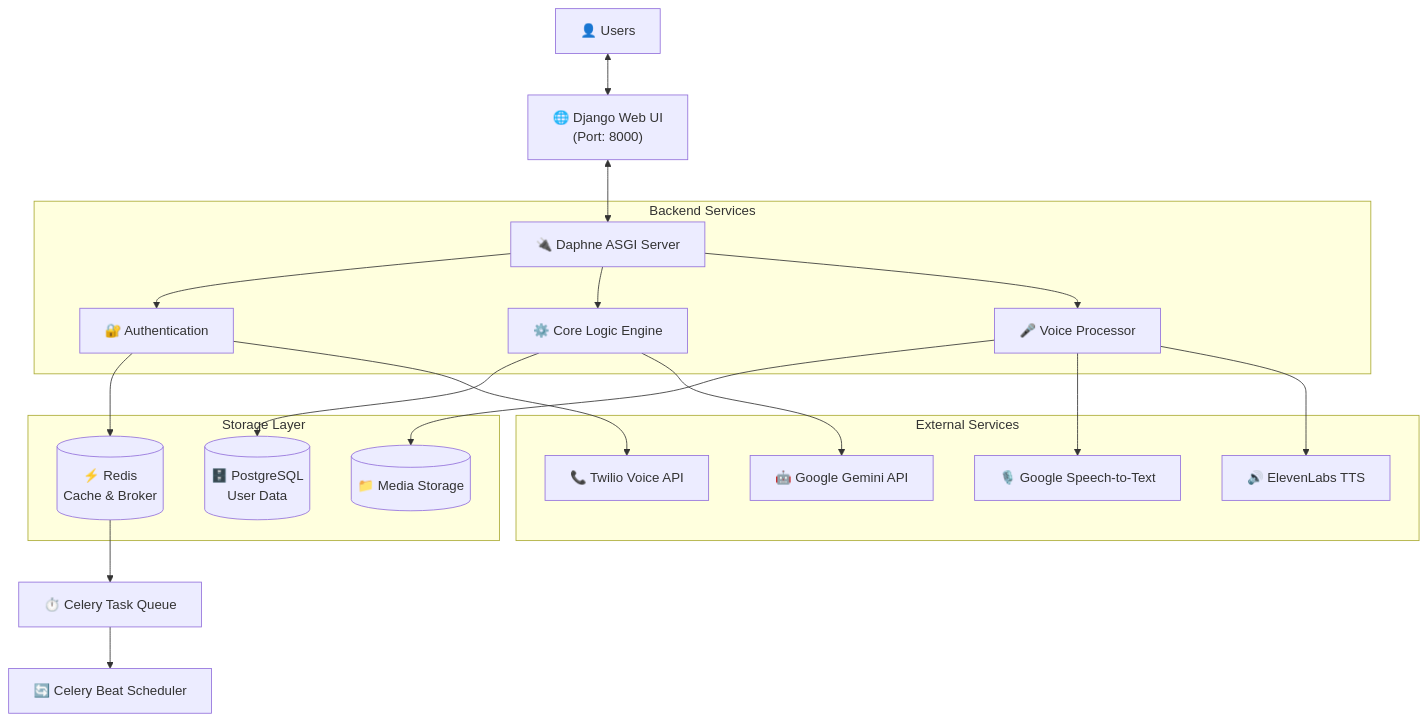
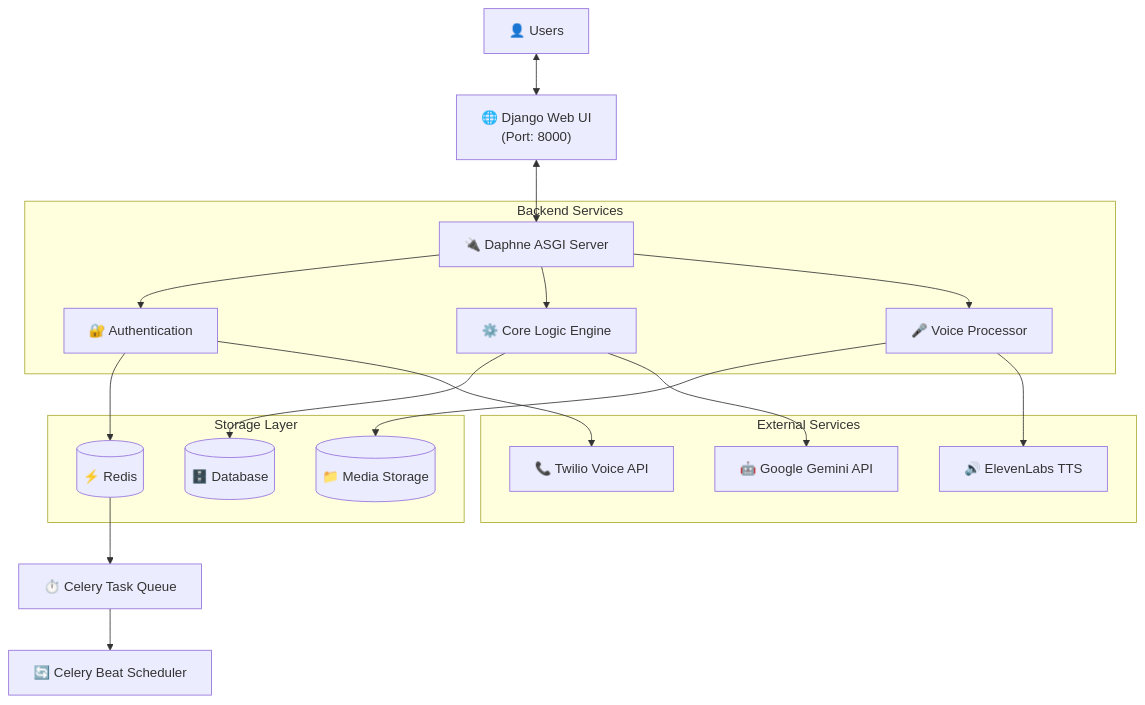
Before and after one commit to Aayushyaash/MindMate-AI: the diagram in README.md, drawn with Mermaid. The commit also changed other lines of this file and 104 other files, not shown here.

Commit message:
feat(arch): implement services architecture and migrate to gemini-3

````diff
--- a/README.md
+++ b/README.md
@@ -122,27 +84,26 @@
 ```mermaid
 graph TD
     User["👤 Users"] <--> UI["🌐 Django Web UI<br/>(Port: 8000)"]
     UI <--> API["🔌 Daphne ASGI Server"]
     
     subgraph Backend["Backend Services"]
         API --> Auth["🔐 Authentication"]
         API --> Core["⚙️ Core Logic Engine"]
         API --> Voice["🎤 Voice Processor"]
     end
     
     subgraph Storage["Storage Layer"]
-        Core --> DB[("🗄️ PostgreSQL<br/>User Data")]
-        Auth --> Cache[("⚡ Redis<br/>Cache & Broker")]
+        Core --> DB[("🗄️ Database")]
+        Auth --> Cache[("⚡ Redis")]
         Voice --> Media[("📁 Media Storage")]
     end
     
     subgraph External["External Services"]
         Core --> Gemini["🤖 Google Gemini API"]
-        Voice --> STT["🎙️ Google Speech-to-Text"]
         Voice --> TTS["🔊 ElevenLabs TTS"]
         Auth --> Twilio["📞 Twilio Voice API"]
     end
     
     Cache --> Tasks["⏱️ Celery Task Queue"]
     Tasks --> Beat["🔄 Celery Beat Scheduler"]
 ```
````
